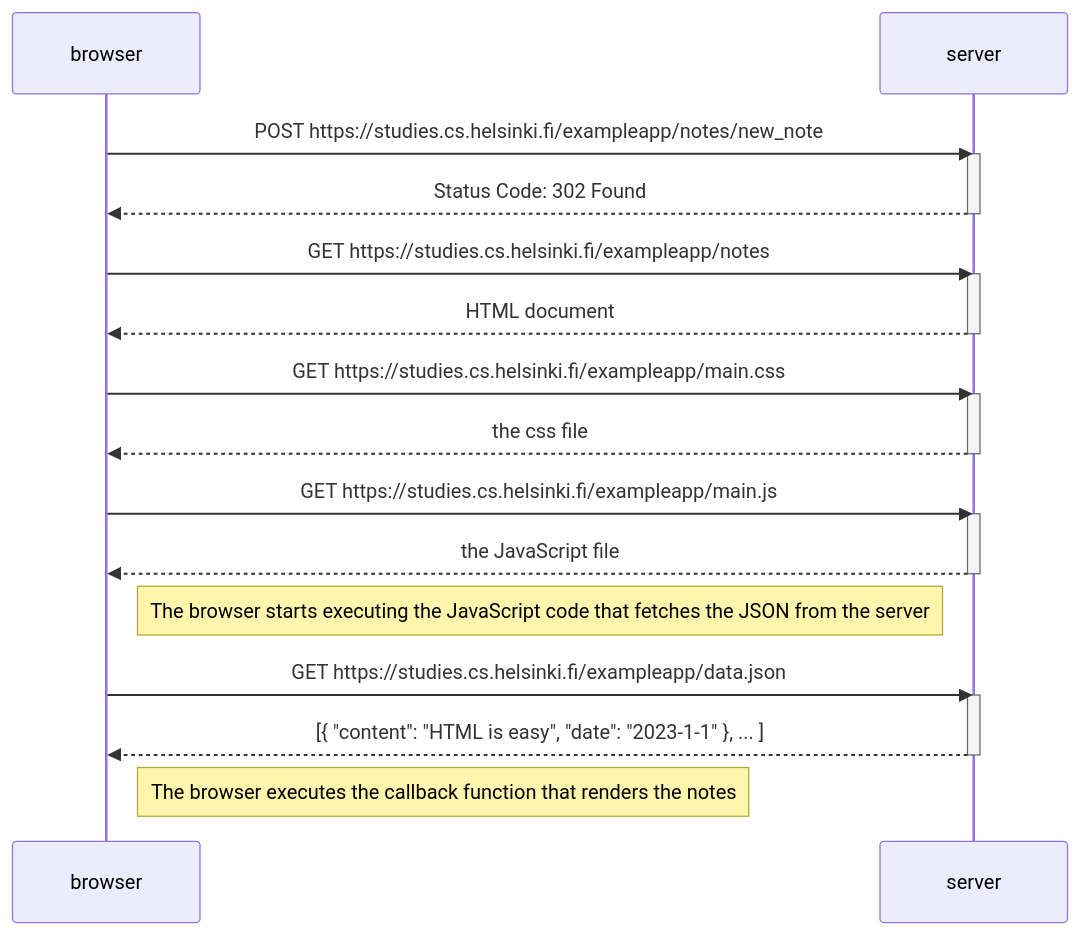
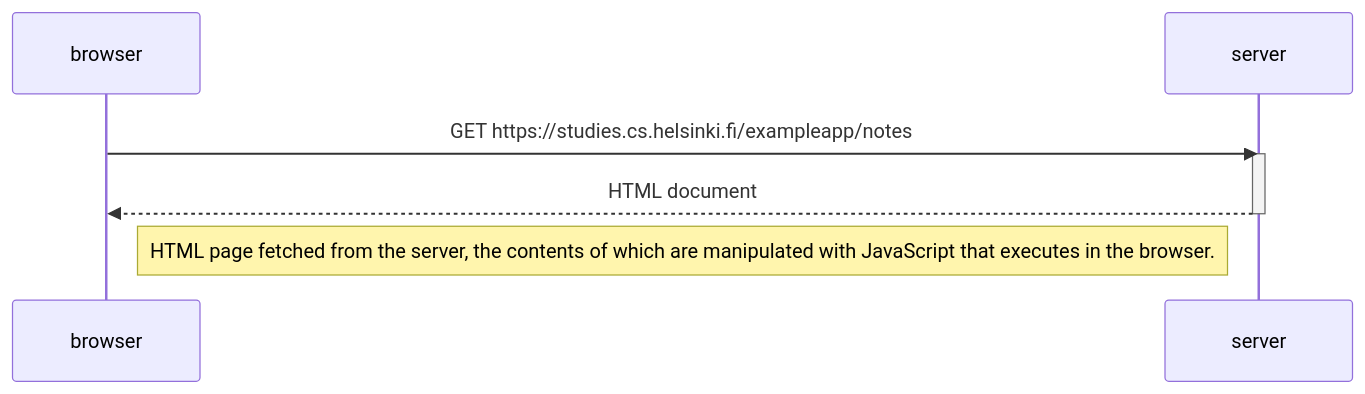
Before and after one commit to aleks8/fullstackopen: the diagram in part 0/single-page-app-diagram.md, drawn with Mermaid.

````diff
--- a/part 0/single-page-app-diagram.md
+++ b/part 0/single-page-app-diagram.md
@@ -1,34 +1,12 @@
 ```mermaid
 sequenceDiagram
     participant browser
     participant server
-
-    browser->>server: POST https://studies.cs.helsinki.fi/exampleapp/notes/new_note
-    activate server
-    server-->>browser: Status Code: 302 Found
-    deactivate server
 
     browser->>server: GET https://studies.cs.helsinki.fi/exampleapp/notes
     activate server
     server-->>browser: HTML document
     deactivate server
 
-    browser->>server: GET https://studies.cs.helsinki.fi/exampleapp/main.css
-    activate server
-    server-->>browser: the css file
-    deactivate server
-
-    browser->>server: GET https://studies.cs.helsinki.fi/exampleapp/main.js
-    activate server
-    server-->>browser: the JavaScript file
-    deactivate server
-
-    Note right of browser: The browser starts executing the JavaScript code that fetches the JSON from the server
-
-    browser->>server: GET https://studies.cs.helsinki.fi/exampleapp/data.json
-    activate server
-    server-->>browser: [{ "content": "HTML is easy", "date": "2023-1-1" }, ... ]
-    deactivate server
-
-    Note right of browser: The browser executes the callback function that renders the notes
+    Note right of browser: HTML page fetched from the server, the contents of which are manipulated with JavaScript that executes in the browser.
 ```
````
